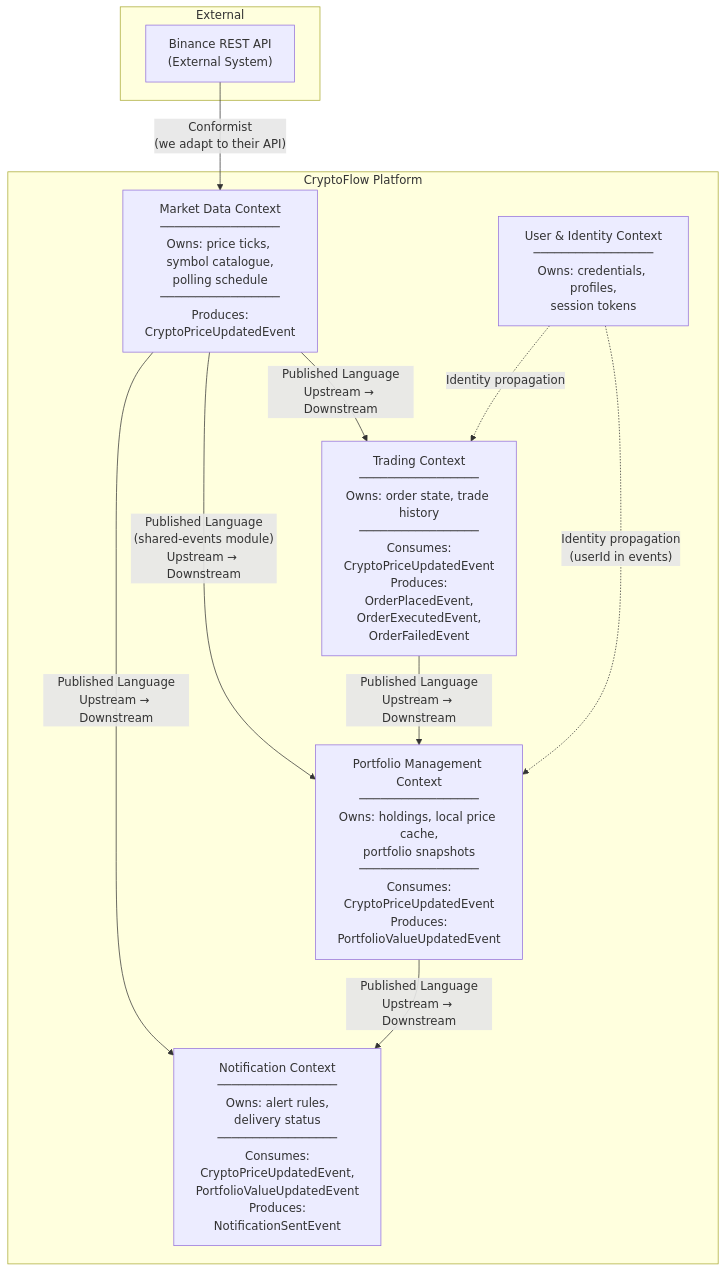
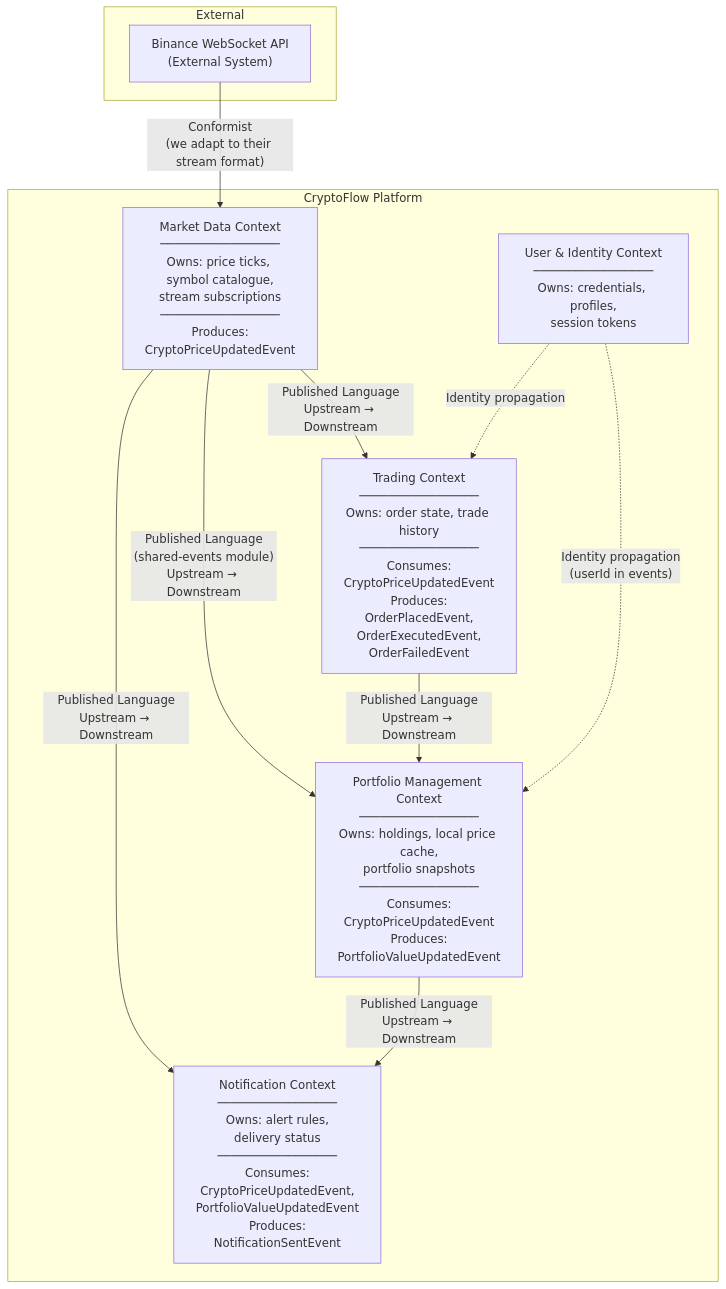
The diagram in docs/diagrams/context-map.md (cyrilgabriele/EDPO-Project-FS26), drawn with Mermaid before and after one commit. The commit also changed other lines of this file and 20 other files, not shown here.

Commit message:
roll back binance polling to streaming

````diff
--- a/docs/diagrams/context-map.md
+++ b/docs/diagrams/context-map.md
@@ -5,23 +5,23 @@
 ```mermaid
 graph TB
     subgraph External
-        BinanceAPI["Binance REST API<br/>(External System)"]
+        BinanceAPI["Binance WebSocket API<br/>(External System)"]
     end
 
     subgraph CryptoFlow Platform
-        MD["Market Data Context<br/>─────────────────<br/>Owns: price ticks, symbol catalogue,<br/>polling schedule<br/>─────────────────<br/>Produces:<br/>CryptoPriceUpdatedEvent"]
+        MD["Market Data Context<br/>─────────────────<br/>Owns: price ticks, symbol catalogue,<br/>stream subscriptions<br/>─────────────────<br/>Produces:<br/>CryptoPriceUpdatedEvent"]
         PM["Portfolio Management Context<br/>─────────────────<br/>Owns: holdings, local price cache,<br/>portfolio snapshots<br/>─────────────────<br/>Consumes:<br/>CryptoPriceUpdatedEvent<br/>Produces:<br/>PortfolioValueUpdatedEvent"]
         TR["Trading Context<br/>─────────────────<br/>Owns: order state, trade history<br/>─────────────────<br/>Consumes:<br/>CryptoPriceUpdatedEvent<br/>Produces:<br/>OrderPlacedEvent,<br/>OrderExecutedEvent,<br/>OrderFailedEvent"]
         NT["Notification Context<br/>─────────────────<br/>Owns: alert rules,<br/>delivery status<br/>─────────────────<br/>Consumes:<br/>CryptoPriceUpdatedEvent,<br/>PortfolioValueUpdatedEvent<br/>Produces:<br/>NotificationSentEvent"]
         UI["User & Identity Context<br/>─────────────────<br/>Owns: credentials, profiles,<br/>session tokens"]
     end
 
-    BinanceAPI -- "Conformist<br/>(we adapt to their API)" --> MD
+    BinanceAPI -- "Conformist<br/>(we adapt to their stream format)" --> MD
     MD -- "Published Language<br/>(shared-events module)<br/>Upstream → Downstream" --> PM
     MD -- "Published Language<br/>Upstream → Downstream" --> TR
     MD -- "Published Language<br/>Upstream → Downstream" --> NT
     PM -- "Published Language<br/>Upstream → Downstream" --> NT
     TR -- "Published Language<br/>Upstream → Downstream" --> PM
     UI -. "Identity propagation<br/>(userId in events)" .-> PM
     UI -. "Identity propagation" .-> TR
 ```
````
